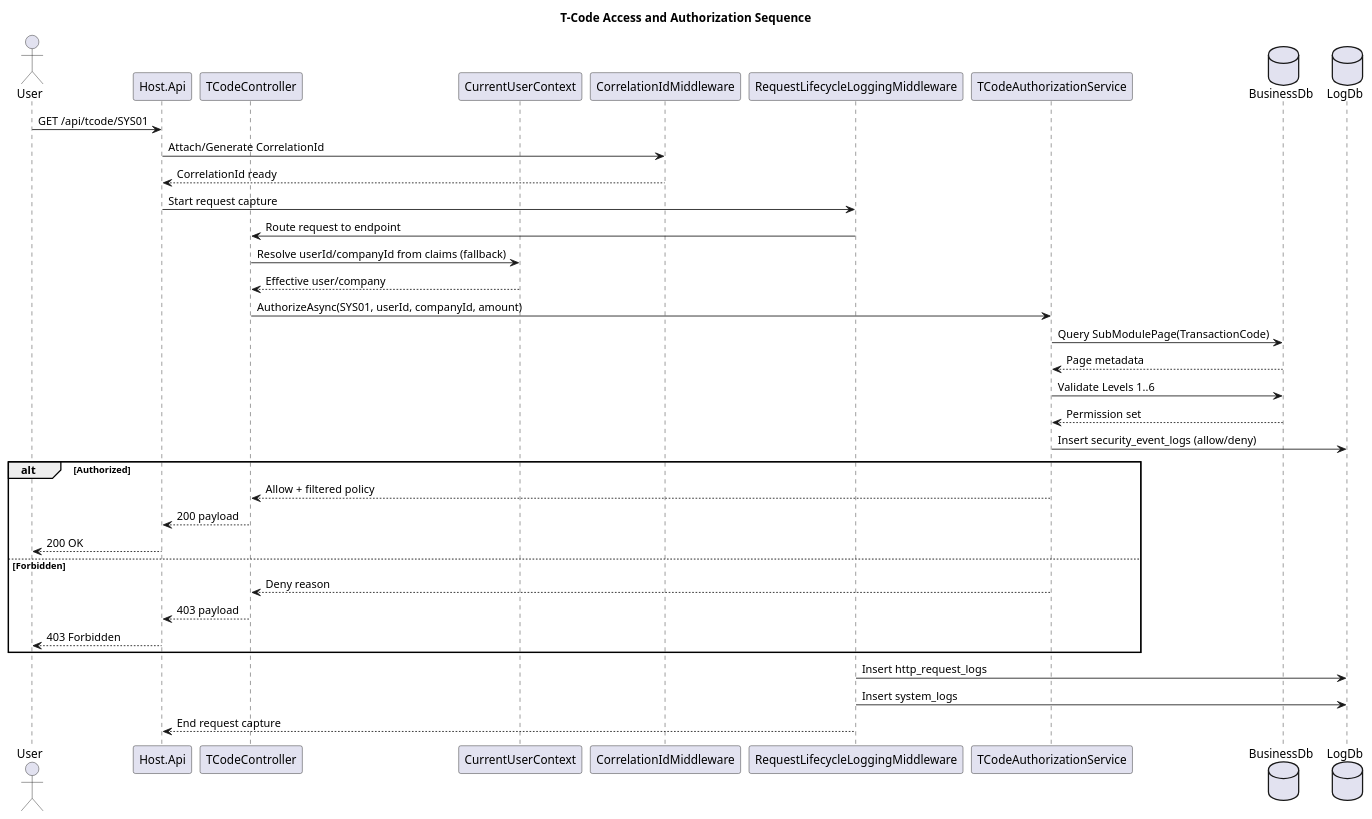
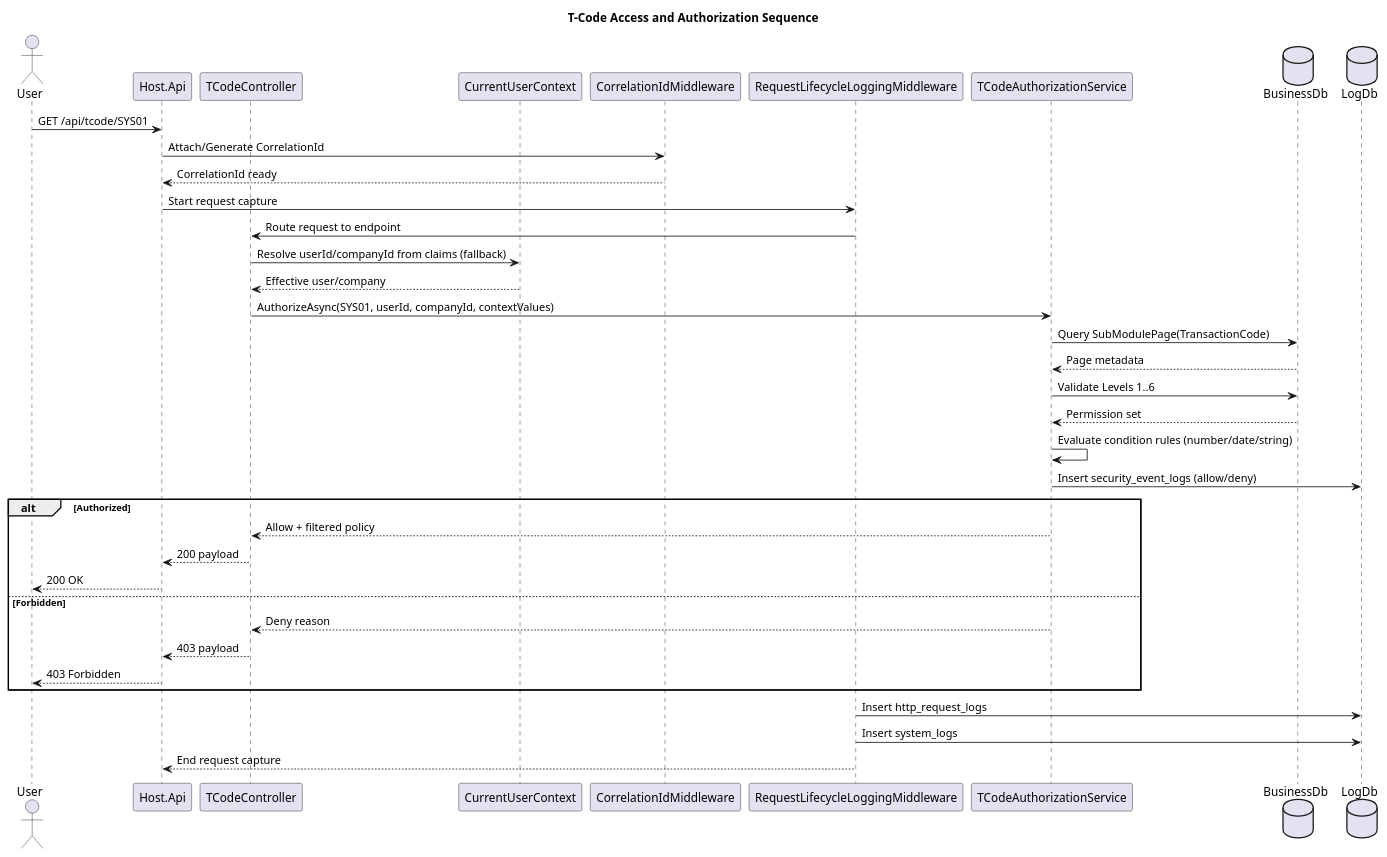
Before and after one commit to mithatcan55/ENTERPRISESYSTEM: the diagram in docs/architecture/sequence-tcode-access.puml, drawn with PlantUML. The commit also changed 6 other files, not shown here.

Commit message:
feat: implement condition parser v2 for dynamic tcode context

```diff
--- a/docs/architecture/sequence-tcode-access.puml
+++ b/docs/architecture/sequence-tcode-access.puml
@@ -1,44 +1,45 @@
 @startuml
 title T-Code Access and Authorization Sequence
 
 actor User
 participant "Host.Api" as Api
 participant "TCodeController" as Ctrl
 participant "CurrentUserContext" as Ctx
 participant "CorrelationIdMiddleware" as Corr
 participant "RequestLifecycleLoggingMiddleware" as ReqLog
 participant "TCodeAuthorizationService" as Authz
 database "BusinessDb" as Bdb
 database "LogDb" as Ldb
 
 User -> Api: GET /api/tcode/SYS01
 Api -> Corr: Attach/Generate CorrelationId
 Corr --> Api: CorrelationId ready
 
 Api -> ReqLog: Start request capture
 ReqLog -> Ctrl: Route request to endpoint
 Ctrl -> Ctx: Resolve userId/companyId from claims (fallback)
 Ctx --> Ctrl: Effective user/company
-Ctrl -> Authz: AuthorizeAsync(SYS01, userId, companyId, amount)
+Ctrl -> Authz: AuthorizeAsync(SYS01, userId, companyId, contextValues)
 Authz -> Bdb: Query SubModulePage(TransactionCode)
 Bdb --> Authz: Page metadata
 
 Authz -> Bdb: Validate Levels 1..6
 Bdb --> Authz: Permission set
+Authz -> Authz: Evaluate condition rules (number/date/string)
 Authz -> Ldb: Insert security_event_logs (allow/deny)
 
 alt Authorized
   Authz --> Ctrl: Allow + filtered policy
   Ctrl --> Api: 200 payload
   Api --> User: 200 OK
 else Forbidden
   Authz --> Ctrl: Deny reason
   Ctrl --> Api: 403 payload
   Api --> User: 403 Forbidden
 end
 
 ReqLog -> Ldb: Insert http_request_logs
 ReqLog -> Ldb: Insert system_logs
 ReqLog --> Api: End request capture
 
 @enduml
```
